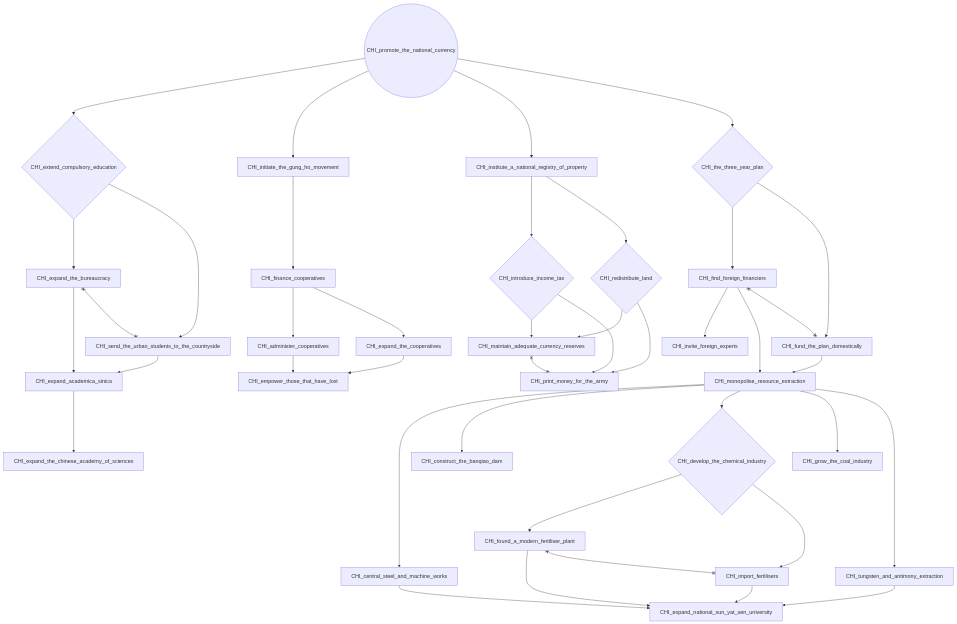
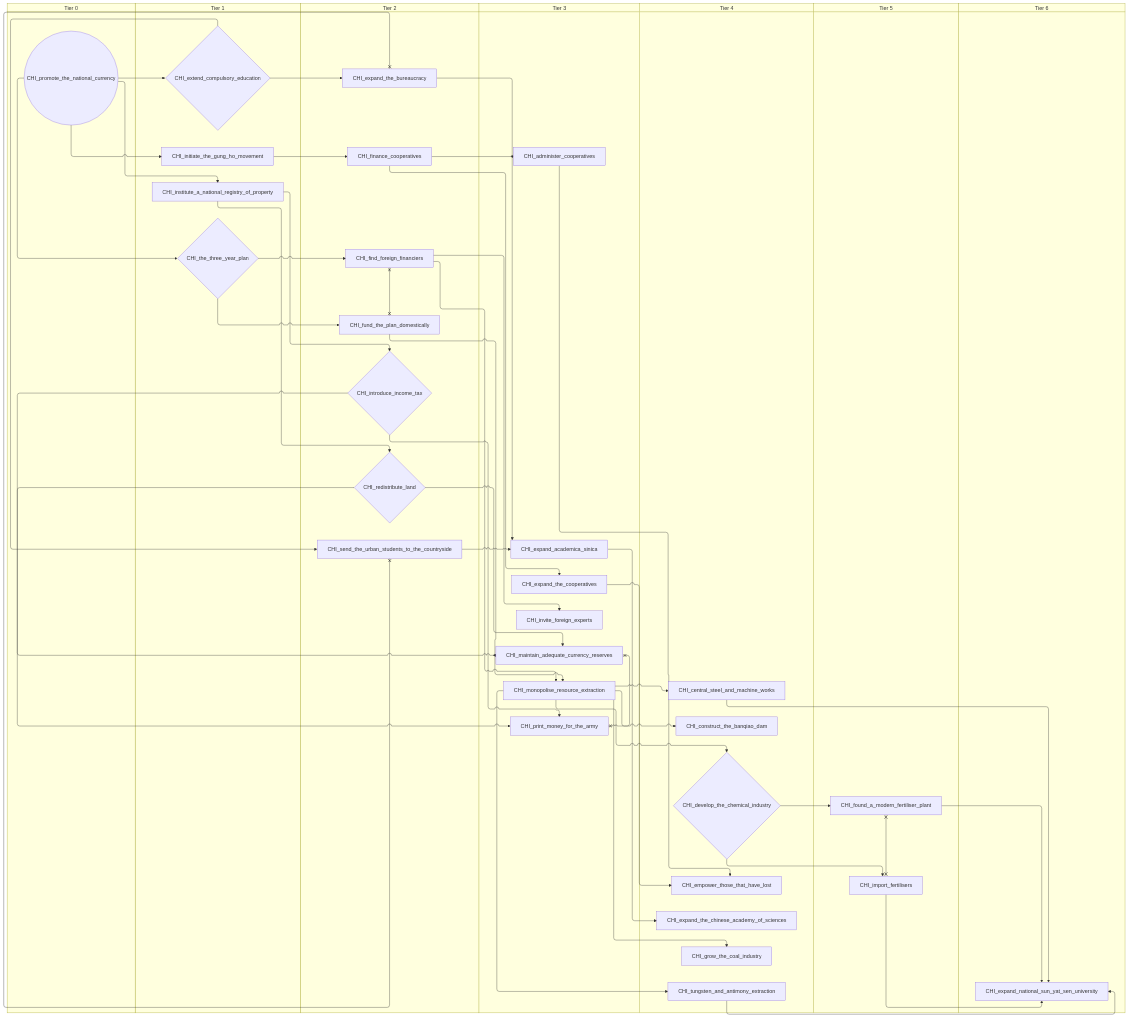
Before and after one commit to evgeny-sobol/hoi4-sandbox-mode-r56: the fourth of 7 diagrams in docs/gdd/National Focuses/china_nationalist_sea.md, drawn with Mermaid. The commit also changed other lines of this file and 423 other files, not shown here.

First line of the commit message:
Re-export Rt56 focus trees as swimlane diagrams

````diff
--- a/docs/gdd/National Focuses/china_nationalist_sea.md
+++ b/docs/gdd/National Focuses/china_nationalist_sea.md
@@ -484,72 +538,86 @@
 ```mermaid
-flowchart TD
-    n193["CHI_administer_cooperatives"]
-    n194["CHI_central_steel_and_machine_works"]
-    n195["CHI_construct_the_banqiao_dam"]
-    n196{"CHI_develop_the_chemical_industry"}
-    n197["CHI_empower_those_that_have_lost"]
-    n198["CHI_expand_academica_sinica"]
-    n199["CHI_expand_national_sun_yat_sen_university"]
-    n200["CHI_expand_the_bureaucracy"]
-    n201["CHI_expand_the_chinese_academy_of_sciences"]
-    n202["CHI_expand_the_cooperatives"]
-    n203{"CHI_extend_compulsory_education"}
-    n204["CHI_finance_cooperatives"]
-    n205["CHI_find_foreign_financiers"]
-    n206["CHI_found_a_modern_fertiliser_plant"]
-    n207["CHI_fund_the_plan_domestically"]
-    n208["CHI_grow_the_coal_industry"]
-    n209["CHI_import_fertilisers"]
-    n210["CHI_initiate_the_gung_ho_movement"]
-    n211["CHI_institute_a_national_registry_of_property"]
-    n212{"CHI_introduce_income_tax"}
-    n213["CHI_invite_foreign_experts"]
-    n214["CHI_maintain_adequate_currency_reserves"]
-    n215["CHI_monopolise_resource_extraction"]
-    n216["CHI_print_money_for_the_army"]
-    n217(("CHI_promote_the_national_currency"))
-    n218{"CHI_redistribute_land"}
-    n219["CHI_send_the_urban_students_to_the_countryside"]
-    n220{"CHI_the_three_year_plan"}
-    n221["CHI_tungsten_and_antimony_extraction"]
-    n204 --> n193
-    n215 --> n194
-    n215 --> n195
-    n215 --> n196
-    n202 --> n197
+swimlane-beta TD
+    subgraph tier_0["Tier 0"]
+        n193(("CHI_promote_the_national_currency"))
+    end
+    subgraph tier_1["Tier 1"]
+        n194{"CHI_extend_compulsory_education"}
+        n195["CHI_initiate_the_gung_ho_movement"]
+        n196["CHI_institute_a_national_registry_of_property"]
+        n197{"CHI_the_three_year_plan"}
+    end
+    subgraph tier_2["Tier 2"]
+        n198["CHI_expand_the_bureaucracy"]
+        n199["CHI_finance_cooperatives"]
+        n200["CHI_find_foreign_financiers"]
+        n201["CHI_fund_the_plan_domestically"]
+        n202{"CHI_introduce_income_tax"}
+        n203{"CHI_redistribute_land"}
+        n204["CHI_send_the_urban_students_to_the_countryside"]
+    end
+    subgraph tier_3["Tier 3"]
+        n205["CHI_administer_cooperatives"]
+        n206["CHI_expand_academica_sinica"]
+        n207["CHI_expand_the_cooperatives"]
+        n208["CHI_invite_foreign_experts"]
+        n209["CHI_maintain_adequate_currency_reserves"]
+        n210["CHI_monopolise_resource_extraction"]
+        n211["CHI_print_money_for_the_army"]
+    end
+    subgraph tier_4["Tier 4"]
+        n212["CHI_central_steel_and_machine_works"]
+        n213["CHI_construct_the_banqiao_dam"]
+        n214{"CHI_develop_the_chemical_industry"}
+        n215["CHI_empower_those_that_have_lost"]
+        n216["CHI_expand_the_chinese_academy_of_sciences"]
+        n217["CHI_grow_the_coal_industry"]
+        n218["CHI_tungsten_and_antimony_extraction"]
+    end
+    subgraph tier_5["Tier 5"]
+        n219["CHI_found_a_modern_fertiliser_plant"]
+        n220["CHI_import_fertilisers"]
+    end
+    subgraph tier_6["Tier 6"]
+        n221["CHI_expand_national_sun_yat_sen_university"]
+    end
+    n199 --> n205
+    n210 --> n212
+    n210 --> n213
+    n210 --> n214
+    n207 --> n215
+    n205 --> n215
+    n198 --> n206
+    n204 --> n206
+    n219 --> n221
+    n220 --> n221
+    n212 --> n221
+    n218 --> n221
+    n194 --> n198
+    n206 --> n216
+    n199 --> n207
+    n193 --> n194
+    n195 --> n199
+    n197 --> n200
+    n214 --> n219
+    n197 --> n201
+    n210 --> n217
+    n214 --> n220
+    n193 --> n195
+    n193 --> n196
+    n196 --> n202
+    n200 --> n208
+    n202 --> n209
+    n203 --> n209
+    n200 --> n210
+    n201 --> n210
+    n203 --> n211
+    n202 --> n211
+    n196 --> n203
+    n194 --> n204
     n193 --> n197
-    n200 --> n198
-    n219 --> n198
-    n206 --> n199
-    n209 --> n199
-    n194 --> n199
-    n221 --> n199
-    n203 --> n200
-    n198 --> n201
-    n204 --> n202
-    n217 --> n203
-    n210 --> n204
-    n220 --> n205
-    n196 --> n206
-    n220 --> n207
-    n215 --> n208
-    n196 --> n209
-    n217 --> n210
-    n217 --> n211
-    n211 --> n212
-    n205 --> n213
-    n212 --> n214
-    n218 --> n214
-    n205 --> n215
-    n207 --> n215
-    n218 --> n216
-    n212 --> n216
-    n211 --> n218
-    n203 --> n219
-    n217 --> n220
-    n215 --> n221
-    n200 x--x n219
-    n205 x--x n207
-    n206 x--x n209
-    n214 x--x n216
+    n210 --> n218
+    n198 x--x n204
+    n200 x--x n201
+    n219 x--x n220
+    n209 x--x n211
 ```
````
